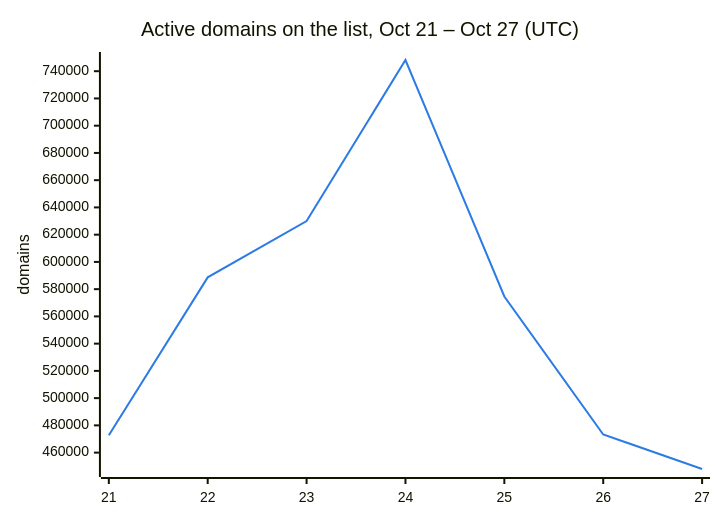
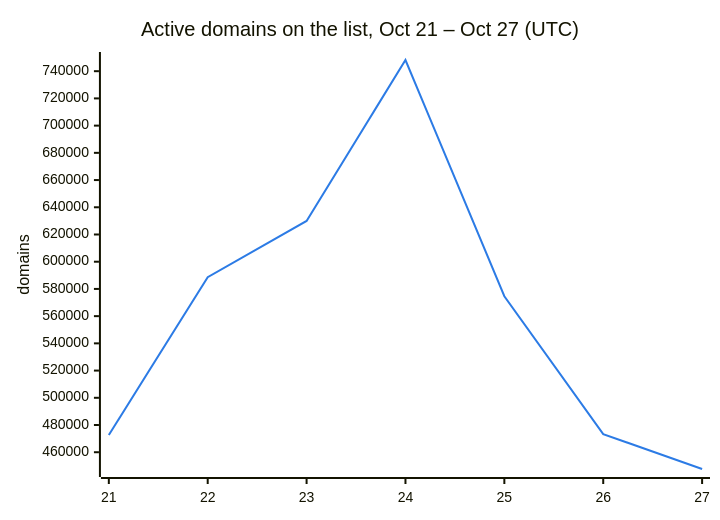
One commit to DNSBunker/CTI changed the second of 3 diagrams in README.md. Above: the diagram before and after it, drawn with Mermaid. The commit also changed other lines of this file and 3 other files, not shown here.

````diff
--- a/README.md
+++ b/README.md
@@ -38,8 +38,8 @@
 ```mermaid
 %%{init: {"themeVariables": {"xyChart": {"plotColorPalette": "#2c7be5"}}}}%%
 xychart-beta
     title "Active domains on the list, Oct 21 – Oct 27 (UTC)"
     x-axis ["21", "22", "23", "24", "25", "26", "27"]
     y-axis "domains"
-    line [472713, 588659, 629951, 748222, 574614, 473331, 447977]
+    line [472713, 588659, 629951, 748222, 574614, 473331, 447677]
 ```
````
